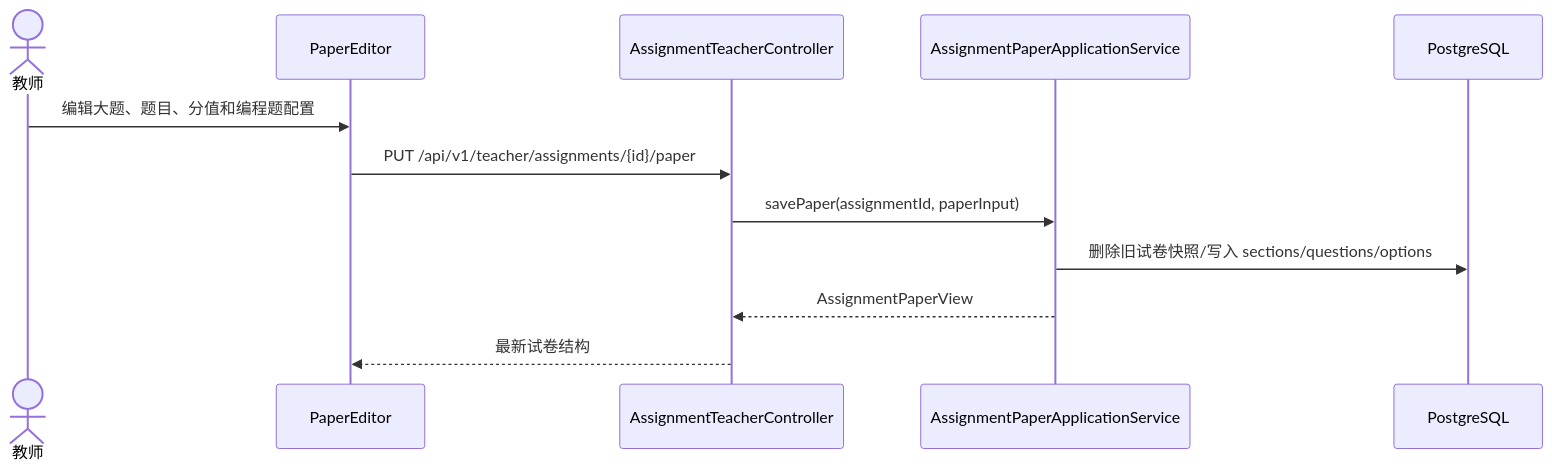
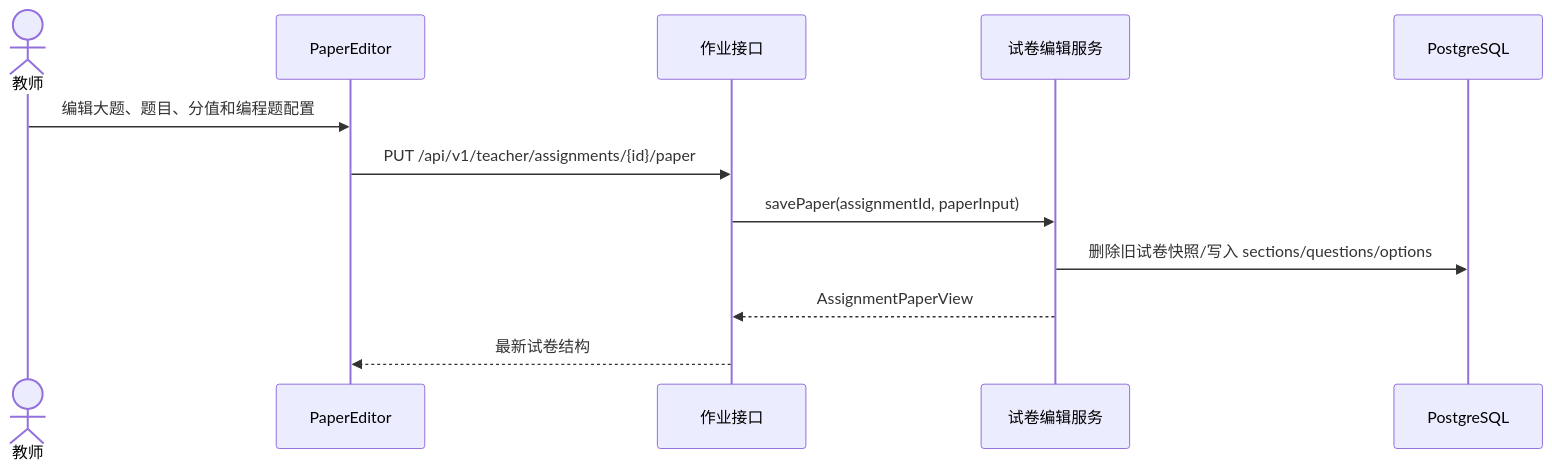
The tenth of 36 diagrams in 02-process-docs/detailed-design.md (BUAA-SEProject/docs), drawn with Mermaid before and after one commit. The commit also changed other lines of this file and 6 other files, not shown here.

````diff
--- a/02-process-docs/detailed-design.md
+++ b/02-process-docs/detailed-design.md
@@ -287,15 +287,15 @@
 ```mermaid
 sequenceDiagram
   actor T as 教师
   participant W as PaperEditor
-  participant C as AssignmentTeacherController
-  participant S as AssignmentPaperApplicationService
+  participant C as 作业接口
+  participant S as 试卷编辑服务
   participant DB as PostgreSQL
 
   T->>W: 编辑大题、题目、分值和编程题配置
   W->>C: PUT /api/v1/teacher/assignments/{id}/paper
   C->>S: savePaper(assignmentId, paperInput)
   S->>DB: 删除旧试卷快照/写入 sections/questions/options
   S-->>C: AssignmentPaperView
   C-->>W: 最新试卷结构
 ```
````
